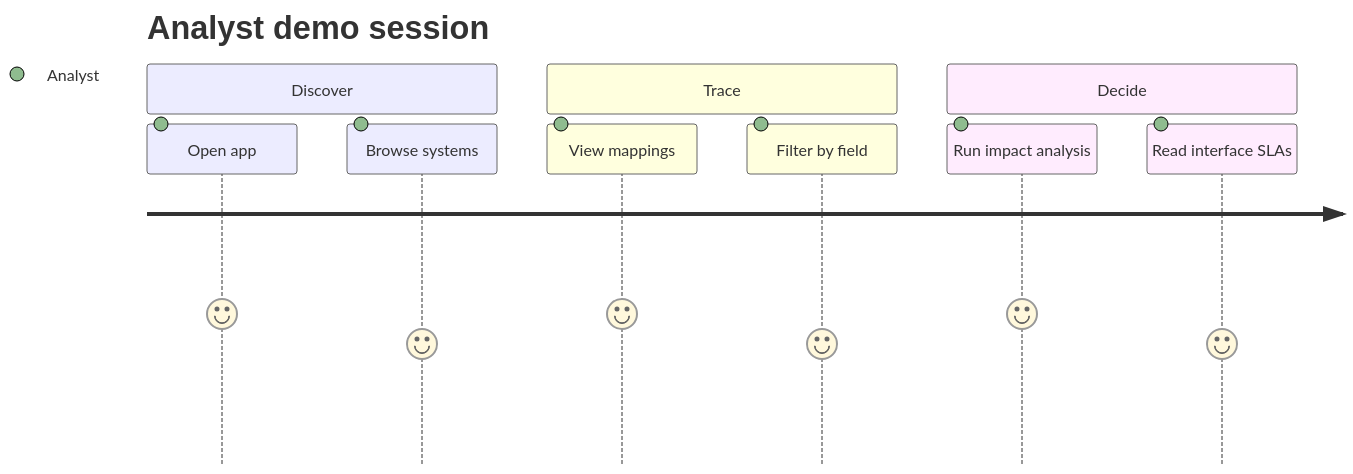
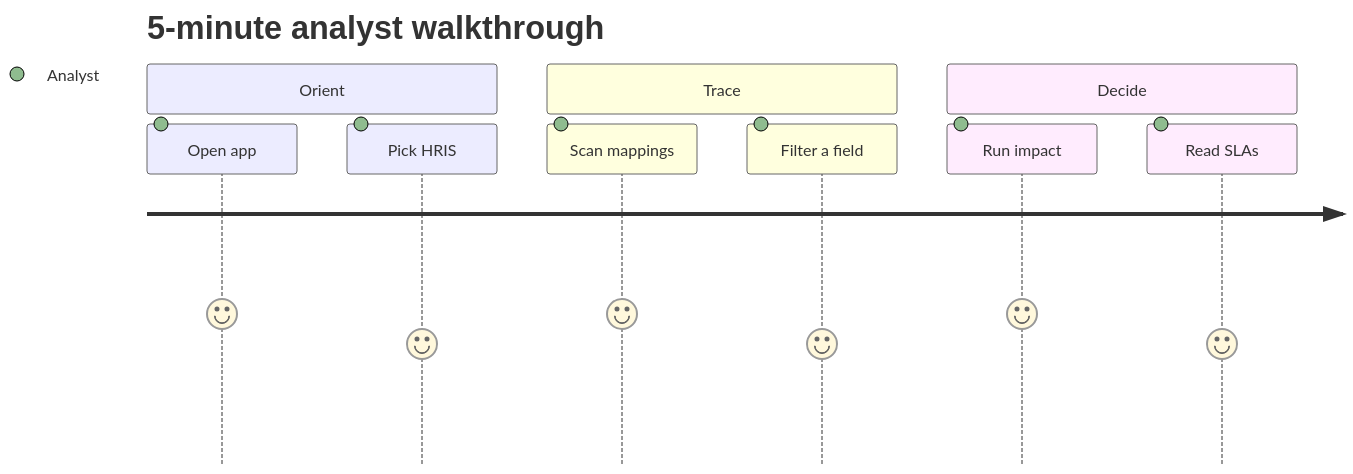
One commit to jah-guide/sourcemap changed the diagram in docs/04-use-cases-stories.md. Above: the diagram before and after it, drawn with Mermaid. The commit also changed other lines of this file, not shown here.

Commit message:
docs: streamline use cases and demo journey

````diff
--- a/docs/04-use-cases-stories.md
+++ b/docs/04-use-cases-stories.md
@@ -63,13 +51,13 @@
 ```mermaid
 journey
-  title Analyst demo session
-  section Discover
+  title 5-minute analyst walkthrough
+  section Orient
     Open app: 5: Analyst
-    Browse systems: 4: Analyst
+    Pick HRIS: 4: Analyst
   section Trace
-    View mappings: 5: Analyst
-    Filter by field: 4: Analyst
+    Scan mappings: 5: Analyst
+    Filter a field: 4: Analyst
   section Decide
-    Run impact analysis: 5: Analyst
-    Read interface SLAs: 4: Analyst
+    Run impact: 5: Analyst
+    Read SLAs: 4: Analyst
 ```
````
